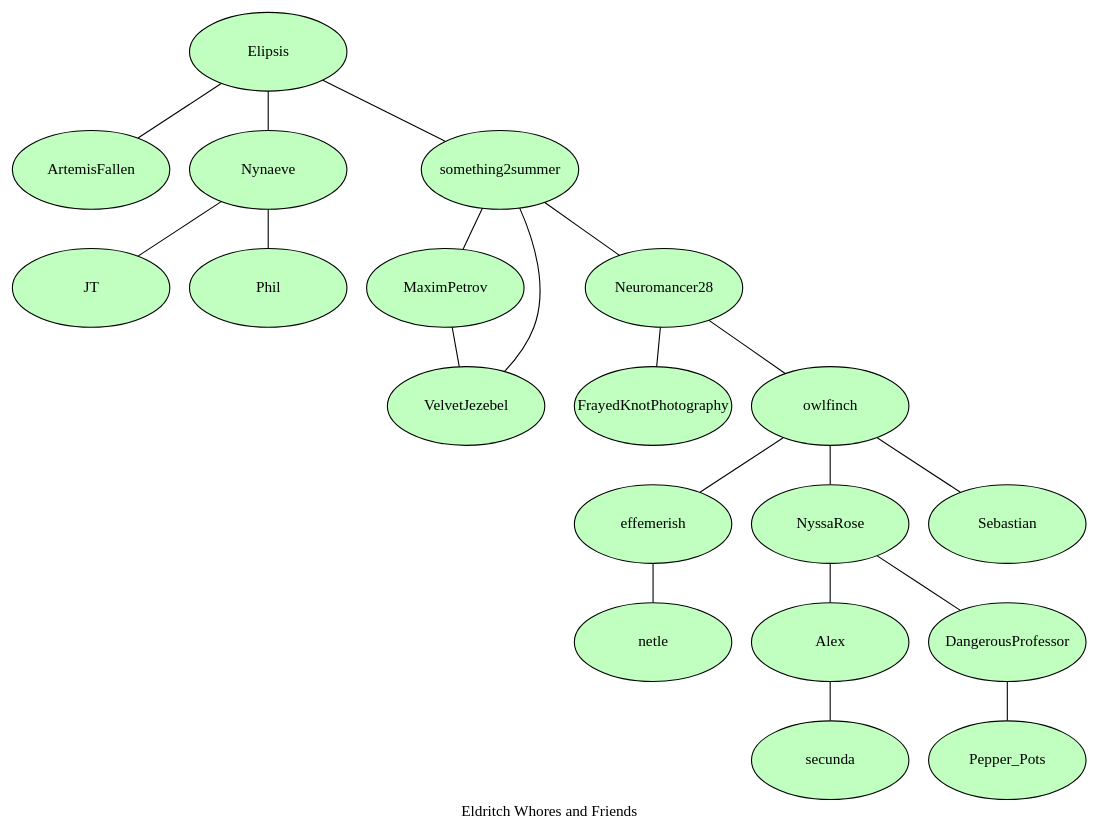
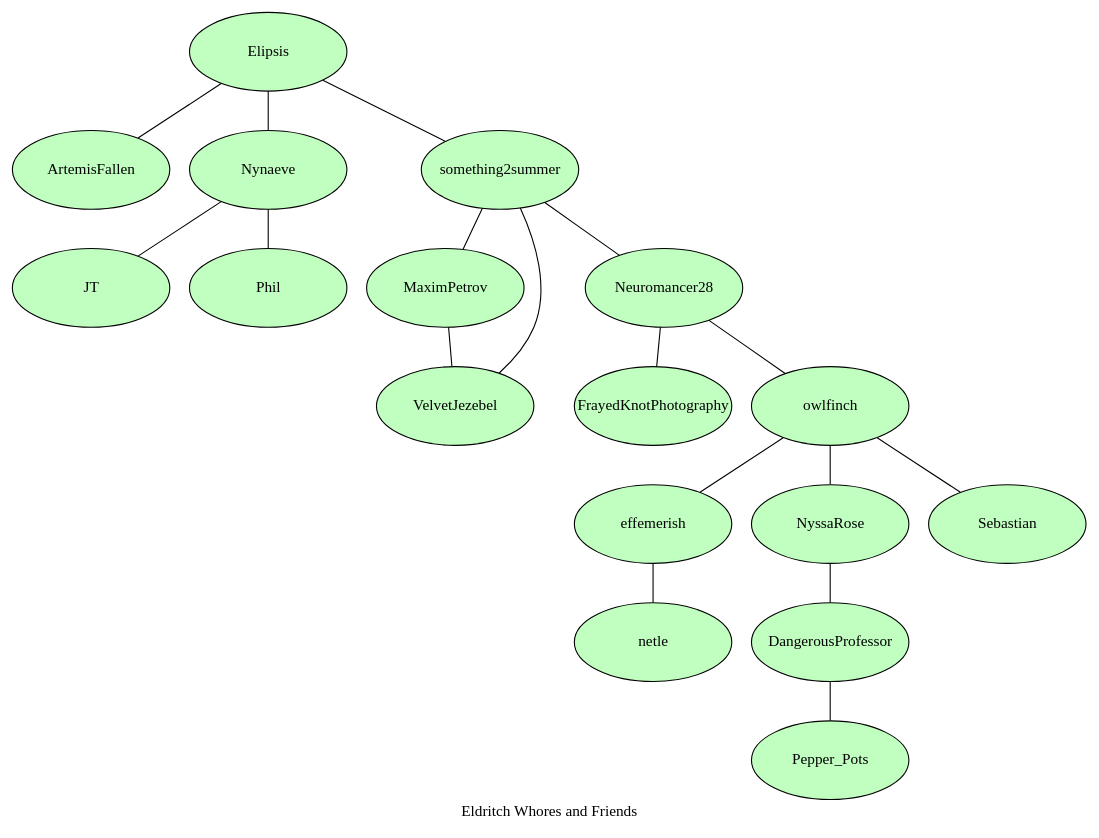
Before and after one commit to Elipsis/polycule-grapher: the diagram in DOT/Eldritch Whores and Friends.dot, drawn with Graphviz.

Commit message:
Remove detached nodes.

```diff
--- a/DOT/Eldritch Whores and Friends.dot
+++ b/DOT/Eldritch Whores and Friends.dot
@@ -1,61 +1,57 @@
 graph Eldritch {
 
 	#Graph Render Properties
     layout = dot
     newrank = true
 
     #Styling
     label = "Eldritch Whores and Friends"
     ratio = 0
 
     #Members (Public)
     node [
         color = black,
         style= filled,
         fillcolor= "#c0ffc0",
         fixedsize=true,
         width=2,
         height=1
         ]
-    Alex
     ArtemisFallen
     DangerousProfessor
     effemerish
     Elipsis
     FrayedKnotPhotography
     JT
     MaximPetrov
     netle
     Neuromancer28
     Nynaeve
     NyssaRose
     owlfinch
     Pepper_Pots
     Phil
     Sebastian
-    secunda
     something2summer
     VelvetJezebel
 
     #Relationships (Public)
     edge [color = "black"]
-    Alex -- secunda
     DangerousProfessor -- Pepper_Pots
     effemerish -- netle
     Elipsis -- ArtemisFallen
     Elipsis -- Nynaeve
     Elipsis -- something2summer
     MaximPetrov -- VelvetJezebel
     Neuromancer28 -- FrayedKnotPhotography
     Neuromancer28 -- owlfinch
     Nynaeve -- JT
     Nynaeve -- Phil
-    NyssaRose -- Alex
     NyssaRose -- DangerousProfessor
     owlfinch -- effemerish
     owlfinch -- NyssaRose
     owlfinch -- Sebastian
     something2summer -- MaximPetrov
     something2summer -- Neuromancer28
     something2summer -- VelvetJezebel
 }
```
